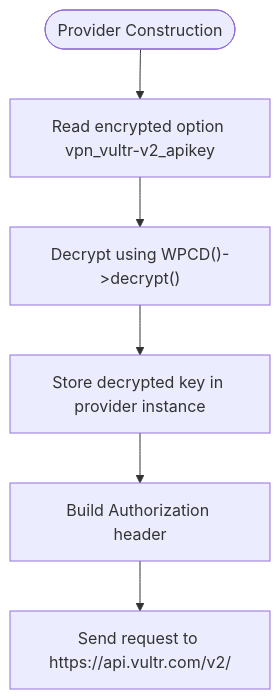
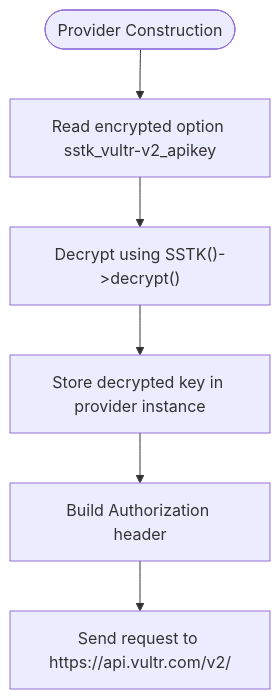
One commit to onedogsolutions/simple-stack changed the third of 7 diagrams in .qoder/repowiki/en/content/Cloud Provider Integration/Vultr Provider Implementation.md. Above: the diagram before and after it, drawn with Mermaid. The commit also changed other lines of this file and 5941 other files, not shown here.

````diff
--- a/.qoder/repowiki/en/content/Cloud Provider Integration/Vultr Provider Implementation.md
+++ b/.qoder/repowiki/en/content/Cloud Provider Integration/Vultr Provider Implementation.md
@@ -133,8 +133,8 @@
 ```mermaid
 flowchart TD
-Start(["Provider Construction"]) --> ReadOption["Read encrypted option vpn_vultr-v2_apikey"]
-ReadOption --> Decrypt["Decrypt using WPCD()->decrypt()"]
+Start(["Provider Construction"]) --> ReadOption["Read encrypted option sstk_vultr-v2_apikey"]
+ReadOption --> Decrypt["Decrypt using SSTK()->decrypt()"]
 Decrypt --> StoreKey["Store decrypted key in provider instance"]
 StoreKey --> BuildRequest["Build Authorization header"]
 BuildRequest --> Send["Send request to https://api.vultr.com/v2/"]
 ```
````
